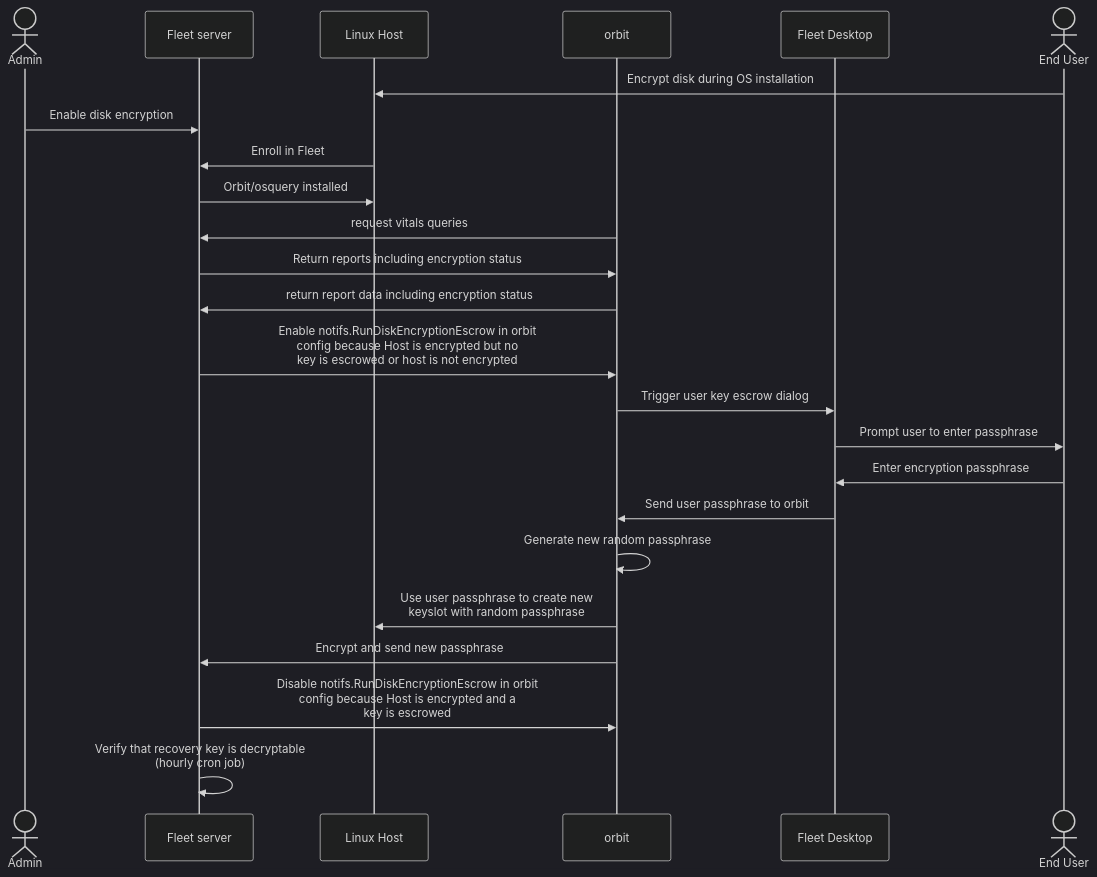
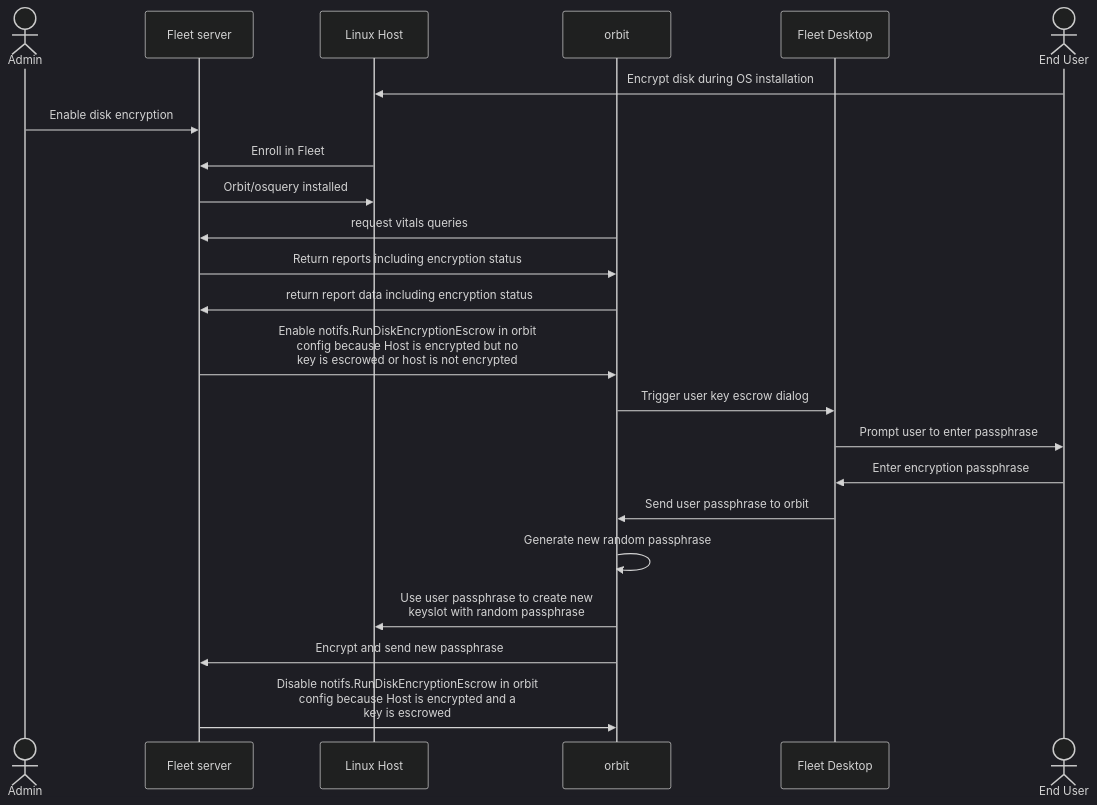
Before and after one commit to fleetdm/fleet: the fourth of 5 diagrams in docs/Contributing/architecture/mdm/disk-encryption.md, drawn with Mermaid (dark theme). The commit also changed other lines of this file and 1 other file, not shown here.

````diff
--- a/docs/Contributing/architecture/mdm/disk-encryption.md
+++ b/docs/Contributing/architecture/mdm/disk-encryption.md
@@ -200,26 +202,25 @@
 ```mermaid
 sequenceDiagram
         actor Admin
         participant fleet as Fleet server
         participant host as Linux Host
         participant fleetd as orbit
         participant desktop as Fleet Desktop
         actor user as End User
         user->>host: Encrypt disk during OS installation
         Admin->>fleet: Enable disk encryption
         host->>fleet: Enroll in Fleet
         fleet->>host: Orbit/osquery installed
         fleetd->>fleet: request vitals queries
         fleet->>fleetd: Return reports including encryption status
         fleetd->>fleet: return report data including encryption status
         fleet->>fleetd: Enable notifs.RunDiskEncryptionEscrow in orbit<br>config because Host is encrypted but no<br>key is escrowed or host is not encrypted
         fleetd->>desktop: Trigger user key escrow dialog
         desktop->>user: Prompt user to enter passphrase
         user->>desktop: Enter encryption passphrase
         desktop->>fleetd: Send user passphrase to orbit
         fleetd->>fleetd: Generate new random passphrase
         fleetd->>host: Use user passphrase to create new<br>keyslot with random passphrase
         fleetd->>fleet: Encrypt and send new passphrase
         fleet->>fleetd: Disable notifs.RunDiskEncryptionEscrow in orbit<br>config because Host is encrypted and a<br>key is escrowed
-        fleet->>fleet: Verify that recovery key is decryptable<br>(hourly cron job)
 ```
````
